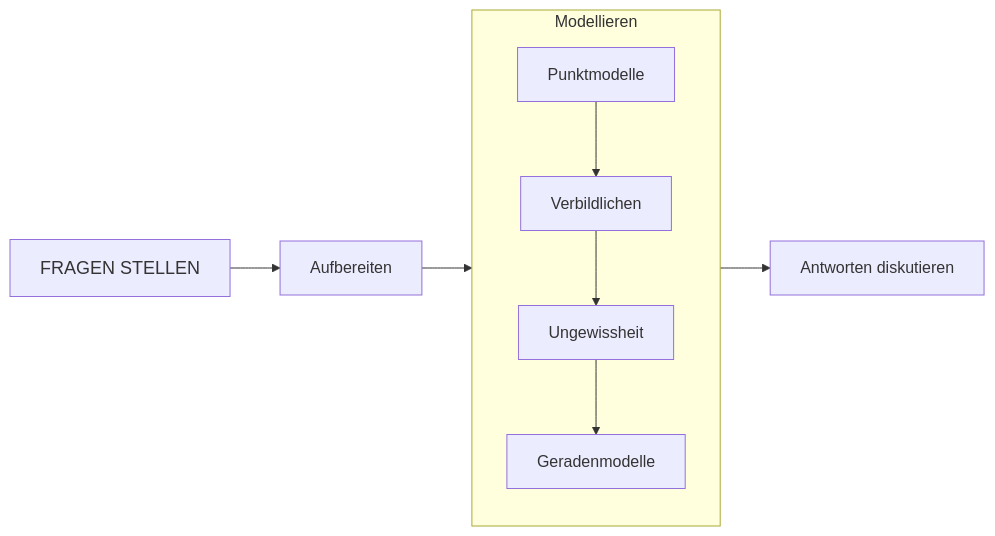
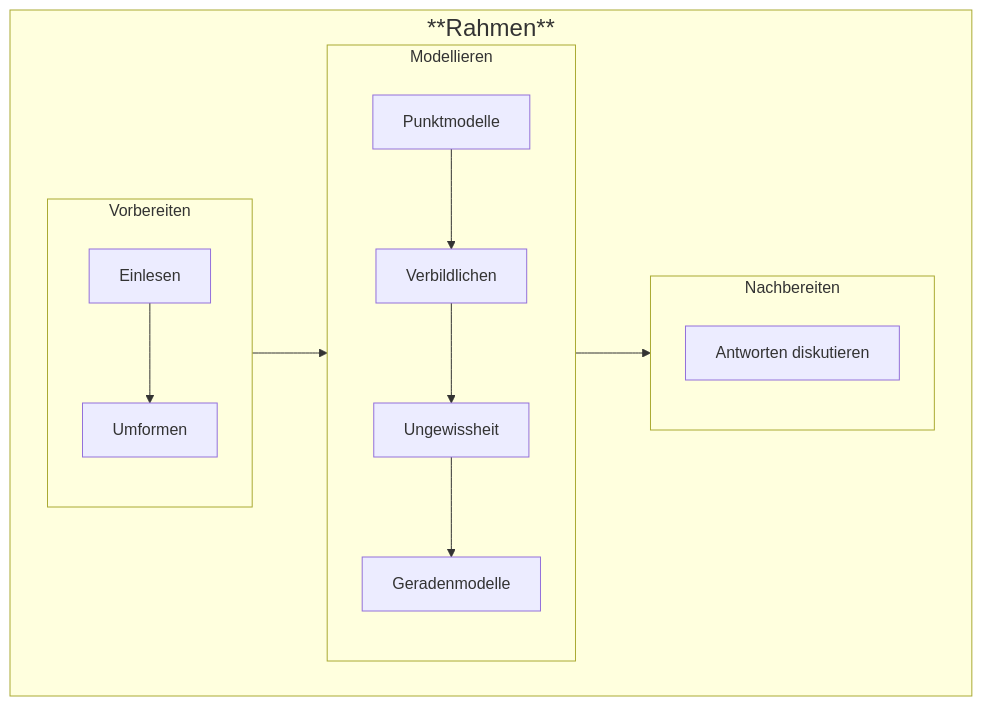
The first of 5 diagrams in fragenstellen.qmd (sebastiansauer/statistik1), drawn with Mermaid before and after one commit. The commit also changed other lines of this file and 312 other files, not shown here.

````diff
--- a/fragenstellen.qmd
+++ b/fragenstellen.qmd
@@ -42,16 +46,29 @@
 ```{mermaid}
 %%| fig-cap: Überblick über den Inhalt und Verlauf des Buches
 %%| label: fig-ueberblick-fragen
 %%| out-width: "100%"
 
+
 flowchart LR
-  subgraph M[Modellieren]
-    direction TB
-    M1[Punktmodelle] --> Vis[Verbildlichen]
-    Vis --> U[Ungewissheit]
-    U --> G[Geradenmodelle]
+  subgraph R[<font size=5>**Rahmen**]
+    direction LR
+    subgraph V[Vorbereiten]
+      direction TB
+      E[Einlesen] --> Um[Umformen]
+    end
+    subgraph M[Modellieren]
+      direction TB
+      M1[Punktmodelle] --> Vis[Verbildlichen]
+      Vis --> U[Ungewissheit]
+      U --> G[Geradenmodelle]
+    end
+    subgraph N[Nachbereiten]
+      direction TB
+      D[Antworten diskutieren]
+    end
+  V --> M
+  M --> N
   end
-  A[<font size=4>FRAGEN STELLEN] --> Auf[Aufbereiten]
-  Auf --> M
-  M --> D[Antworten diskutieren]
+  
+
 ```
````
